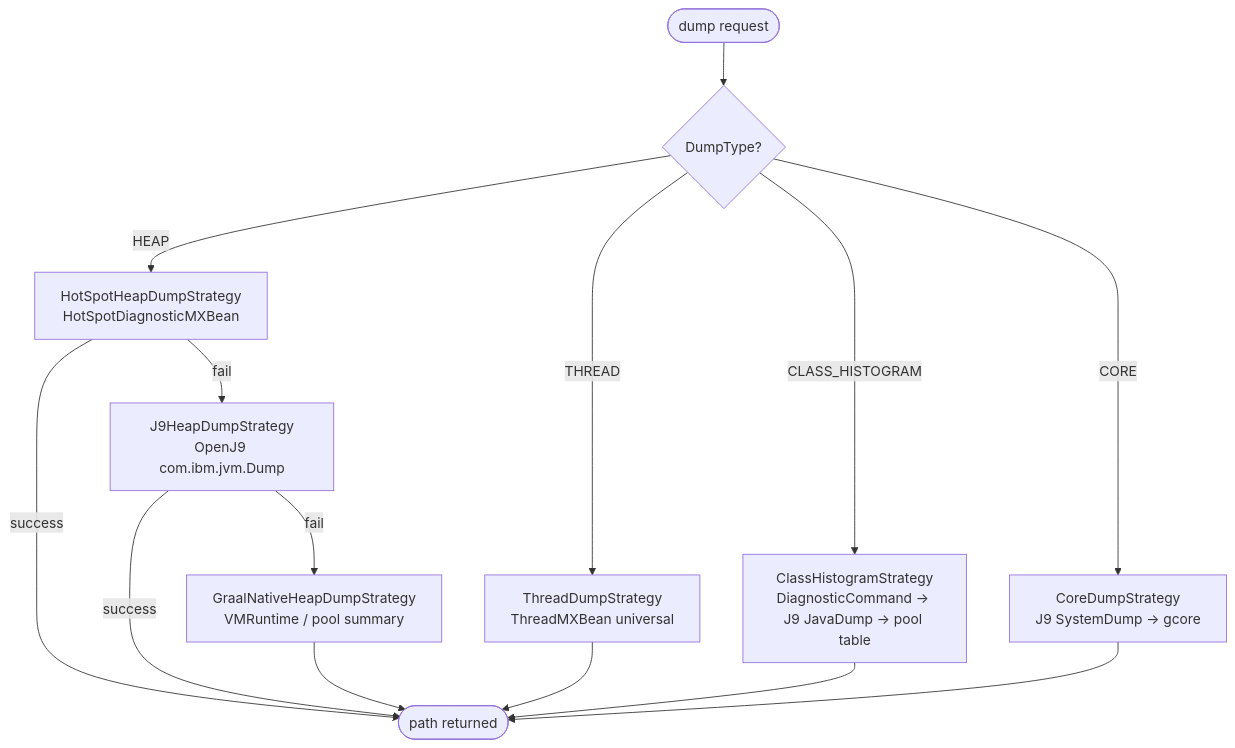
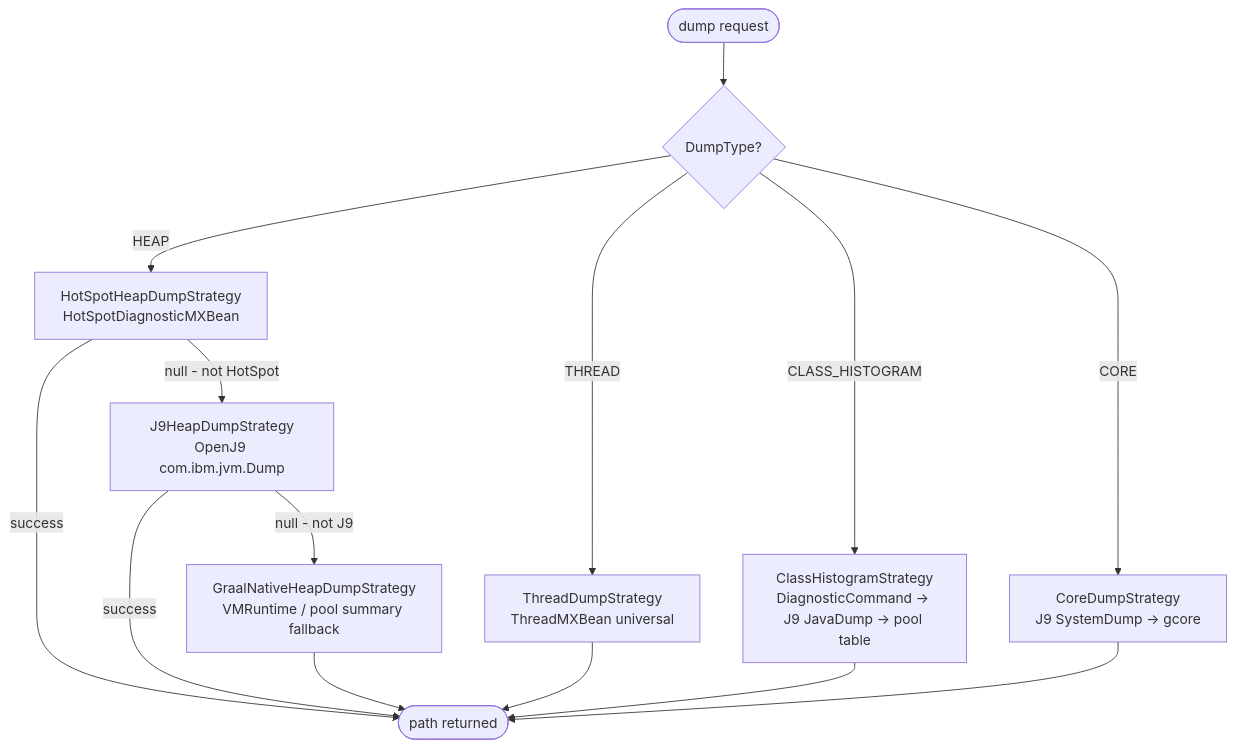
Before and after one commit to kgillard/oom-watchdog: the fourth of 5 diagrams in ARCHITECTURE.md, drawn with Mermaid. The commit also changed other lines of this file, not shown here.

````diff
--- a/ARCHITECTURE.md
+++ b/ARCHITECTURE.md
@@ -249,20 +368,20 @@
 ```mermaid
 flowchart TD
     START([dump request]) --> TYPE{DumpType?}
 
     TYPE -->|HEAP| H1[HotSpotHeapDumpStrategy\nHotSpotDiagnosticMXBean]
     H1 -->|success| DONE([path returned])
-    H1 -->|fail| H2[J9HeapDumpStrategy\nOpenJ9 com.ibm.jvm.Dump]
+    H1 -->|null - not HotSpot| H2[J9HeapDumpStrategy\nOpenJ9 com.ibm.jvm.Dump]
     H2 -->|success| DONE
-    H2 -->|fail| H3[GraalNativeHeapDumpStrategy\nVMRuntime / pool summary]
+    H2 -->|null - not J9| H3[GraalNativeHeapDumpStrategy\nVMRuntime / pool summary fallback]
     H3 --> DONE
 
     TYPE -->|THREAD| T1[ThreadDumpStrategy\nThreadMXBean universal]
     T1 --> DONE
 
     TYPE -->|CLASS_HISTOGRAM| C1[ClassHistogramStrategy\nDiagnosticCommand → J9 JavaDump → pool table]
     C1 --> DONE
 
     TYPE -->|CORE| R1[CoreDumpStrategy\nJ9 SystemDump → gcore]
     R1 --> DONE
 ```
````
